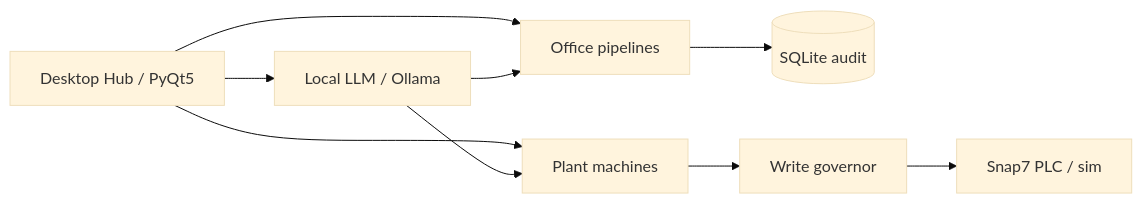
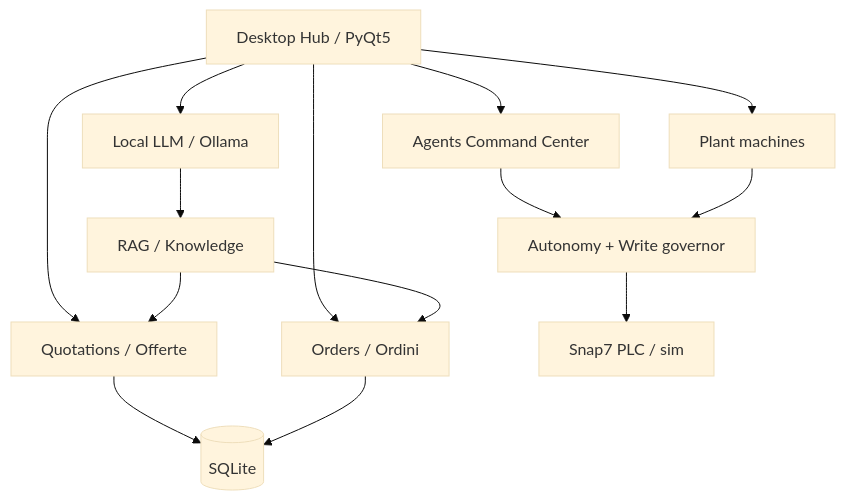
The diagram in README.md (marconi845-svg/NStone), drawn with Mermaid (base theme) before and after one commit. The commit also changed other lines of this file and 5 other files, not shown here.

Commit message:
Add hub/agents/settings screenshots and expand architecture for orders, quotations, and RAG.

````diff
--- a/README.md
+++ b/README.md
@@ -20,11 +30,17 @@
 ```mermaid
-flowchart LR
-  Hub[Desktop Hub / PyQt5] --> Office[Office pipelines]
+flowchart TB
+  Hub[Desktop Hub / PyQt5]
+  Hub --> Quotes[Quotations / Offerte]
+  Hub --> Orders[Orders / Ordini]
+  Hub --> Agents[Agents Command Center]
   Hub --> Plant[Plant machines]
   Hub --> LLM[Local LLM / Ollama]
-  Office --> DB[(SQLite audit)]
-  Plant --> Gov[Write governor]
+  LLM --> RAG[RAG / Knowledge]
+  RAG --> Quotes
+  RAG --> Orders
+  Quotes --> DB[(SQLite)]
+  Orders --> DB
+  Agents --> Gov[Autonomy + Write governor]
+  Plant --> Gov
   Gov --> PLC[Snap7 PLC / sim]
-  LLM --> Office
-  LLM --> Plant
 ```
````
